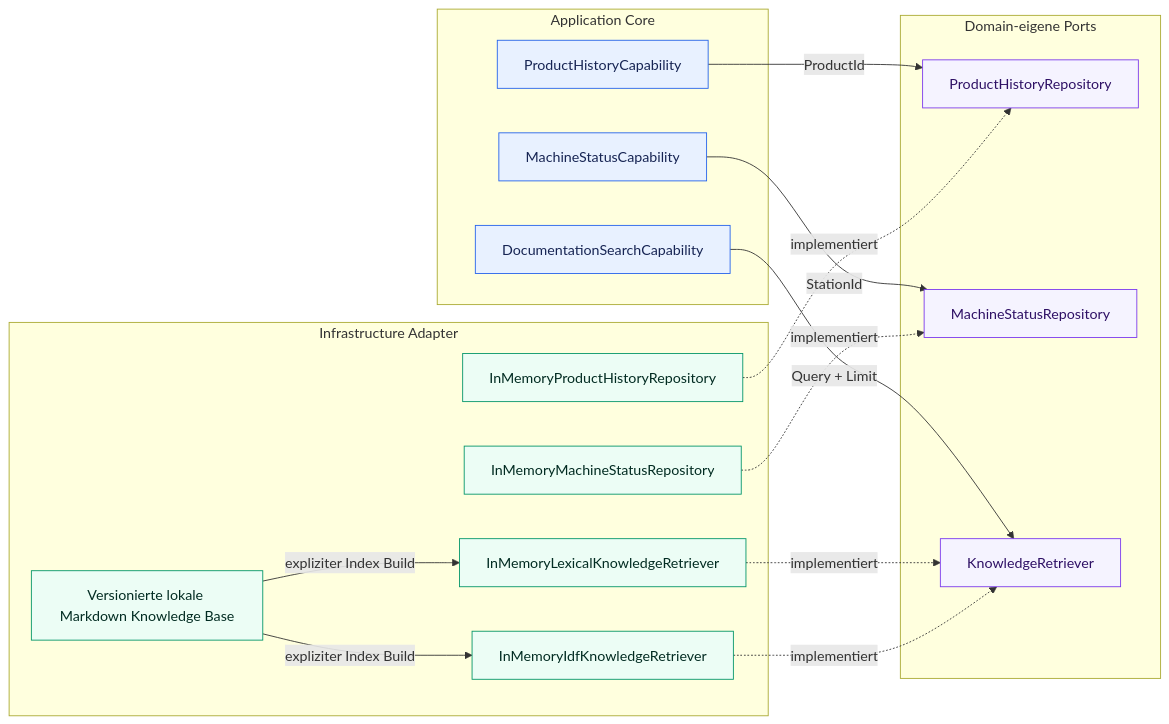
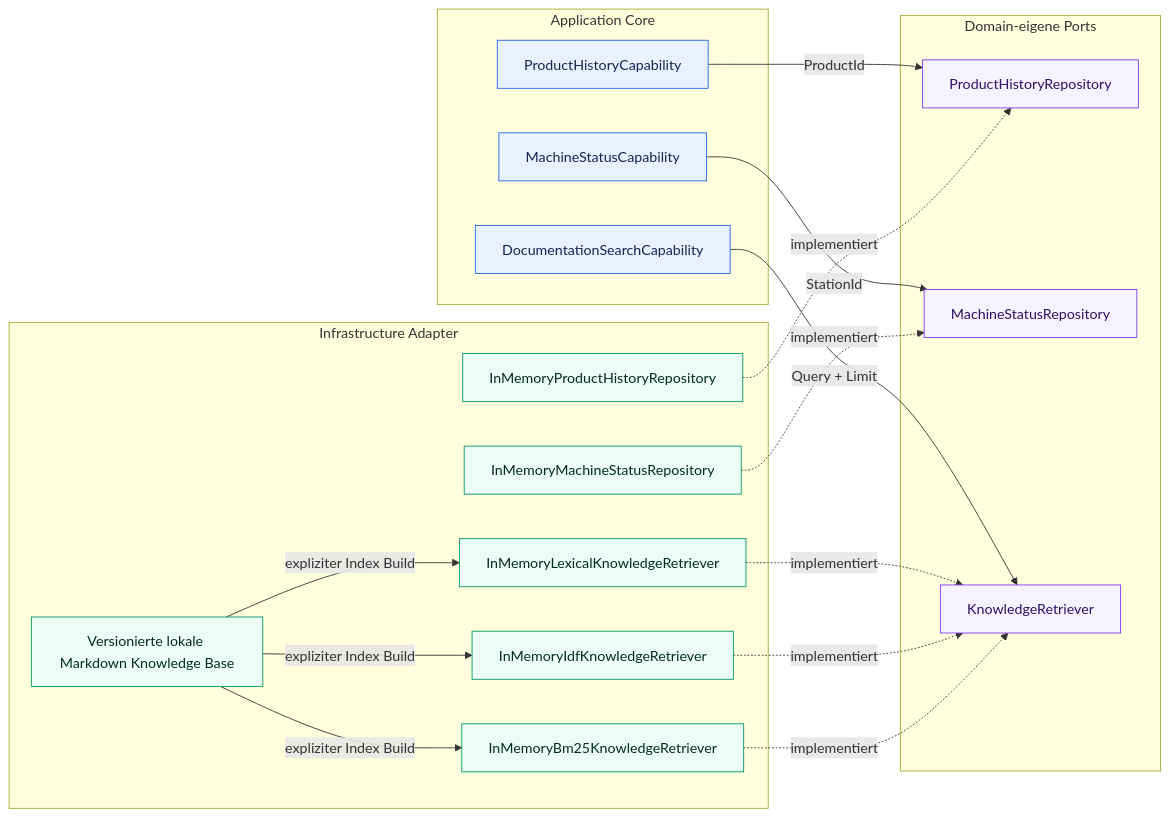
Before and after one commit to aboerzel/industrial-ai-agent: the first of 11 diagrams in docs/architecture/overview.de.md, drawn with Mermaid. The commit also changed other lines of this file and 19 other files, not shown here.

````diff
--- a/docs/architecture/overview.de.md
+++ b/docs/architecture/overview.de.md
@@ -19,39 +21,42 @@
 ```mermaid
 flowchart LR
     subgraph Core["Application Core"]
         PHC["ProductHistoryCapability"]
         MSC["MachineStatusCapability"]
         DSC["DocumentationSearchCapability"]
     end
 
     subgraph Ports["Domain-eigene Ports"]
         PHR["ProductHistoryRepository"]
         MSR["MachineStatusRepository"]
         KR["KnowledgeRetriever"]
     end
 
     subgraph Infrastructure["Infrastructure Adapter"]
         PHM["InMemoryProductHistoryRepository"]
         MSM["InMemoryMachineStatusRepository"]
         LKR["InMemoryLexicalKnowledgeRetriever"]
         IDF["InMemoryIdfKnowledgeRetriever"]
+        BM25["InMemoryBm25KnowledgeRetriever"]
         KB["Versionierte lokale Markdown Knowledge Base"]
     end
 
     PHC -->|"ProductId"| PHR
     MSC -->|"StationId"| MSR
     DSC -->|"Query + Limit"| KR
     PHM -.->|"implementiert"| PHR
     MSM -.->|"implementiert"| MSR
     LKR -.->|"implementiert"| KR
     IDF -.->|"implementiert"| KR
+    BM25 -.->|"implementiert"| KR
     KB -->|"expliziter Index Build"| LKR
     KB -->|"expliziter Index Build"| IDF
+    KB -->|"expliziter Index Build"| BM25
 
     classDef core fill:#e8f1ff,stroke:#2563eb,color:#172554
     classDef port fill:#f5f3ff,stroke:#7c3aed,color:#2e1065
     classDef adapter fill:#ecfdf5,stroke:#059669,color:#022c22
     class PHC,MSC,DSC core
     class PHR,MSR,KR port
-    class PHM,MSM,LKR,IDF,KB adapter
+    class PHM,MSM,LKR,IDF,BM25,KB adapter
 ```
````
